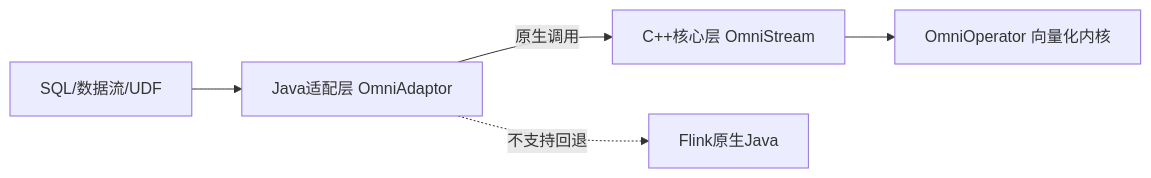
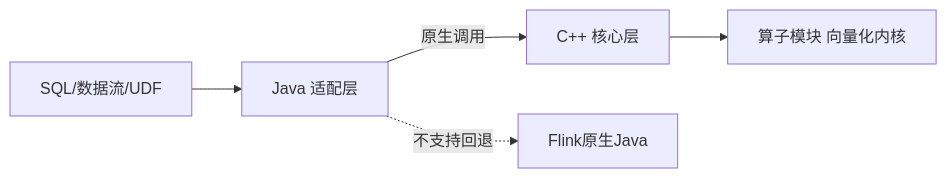
The fourth of 13 diagrams in backup/v1.md (int2t05/internship), drawn with Mermaid before and after one commit. The commit also changed other lines of this file and 7 other files, not shown here.

````diff
--- a/backup/v1.md
+++ b/backup/v1.md
@@ -119,7 +119,7 @@
 ```mermaid
 flowchart LR
-    U[SQL/数据流/UDF] --> J[Java适配层 OmniAdaptor]
-    J -->|原生调用| C[C++核心层 OmniStream]
-    C --> K[OmniOperator 向量化内核]
+    U[SQL/数据流/UDF] --> J[Java 适配层]
+    J -->|原生调用| C[C++ 核心层]
+    C --> K[算子模块 向量化内核]
     J -.->|不支持回退| F[Flink原生Java]
 ```
````
